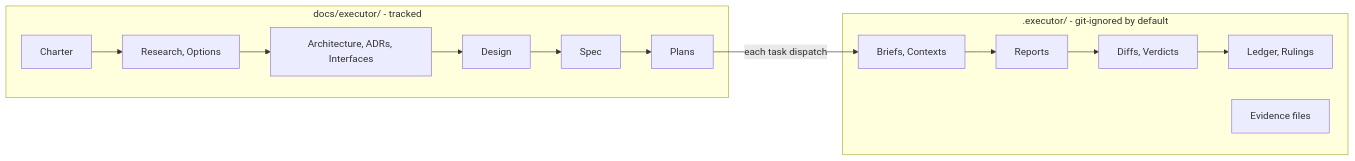
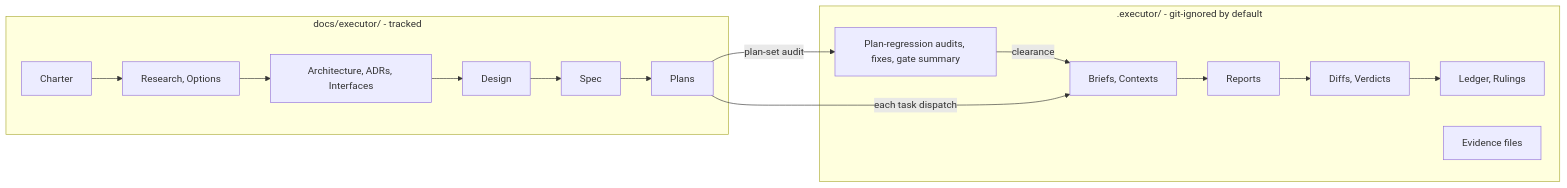
One commit to Atri10/executor changed the second of 2 diagrams in README.md. Above: the diagram before and after it, drawn with Mermaid. The commit also changed other lines of this file and 23 other files, not shown here.

First line of the commit message:
feat(executor): plan-set regression gate, brainstorm skill, ask contract

````diff
--- a/README.md
+++ b/README.md
@@ -216,21 +219,24 @@
 ```mermaid
 flowchart LR
     subgraph THINK["docs/executor/ - tracked"]
         C["Charter"] --> R["Research, Options"]
         R --> A["Architecture, ADRs, Interfaces"]
         A --> D["Design"]
         D --> S["Spec"]
         S --> P["Plans"]
     end
     subgraph EXEC[".executor/ - git-ignored by default"]
         L["Ledger, Rulings"]
         B["Briefs, Contexts"]
         RP["Reports"]
         V["Diffs, Verdicts"]
         EV["Evidence files"]
+        PR["Plan-regression audits, fixes, gate summary"]
     end
+    P -->|"plan-set audit"| PR
+    PR -->|"clearance"| B
     P -->|"each task dispatch"| B
     B --> RP
     RP --> V
     V --> L
 ```
````
